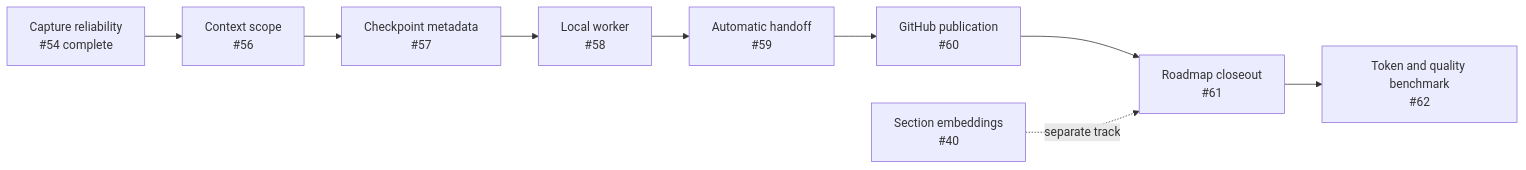
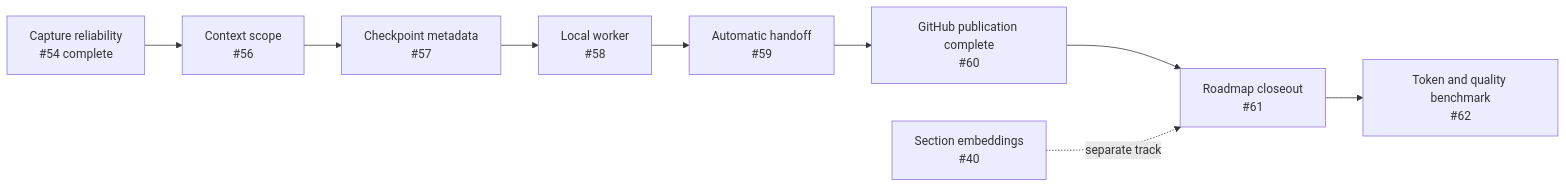
The diagram in docs/local-memory-plan.md (vib28/ai-memory-hub), drawn with Mermaid before and after one commit. The commit also changed other lines of this file and 13 other files, not shown here.

````diff
--- a/docs/local-memory-plan.md
+++ b/docs/local-memory-plan.md
@@ -23,11 +23,11 @@
 ```mermaid
 flowchart LR
     A["Capture reliability<br/>#54 complete"] --> B["Context scope<br/>#56"]
     B --> C["Checkpoint metadata<br/>#57"]
     C --> D["Local worker<br/>#58"]
     D --> E["Automatic handoff<br/>#59"]
-    E --> F["GitHub publication<br/>#60"]
+    E --> F["GitHub publication complete<br/>#60"]
     F --> G["Roadmap closeout<br/>#61"]
     G --> H["Token and quality benchmark<br/>#62"]
     R["Section embeddings<br/>#40"] -. separate track .-> G
 ```
````
